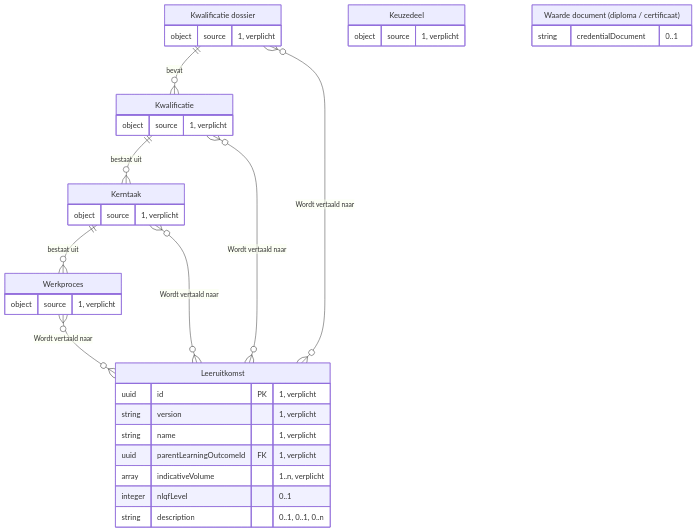
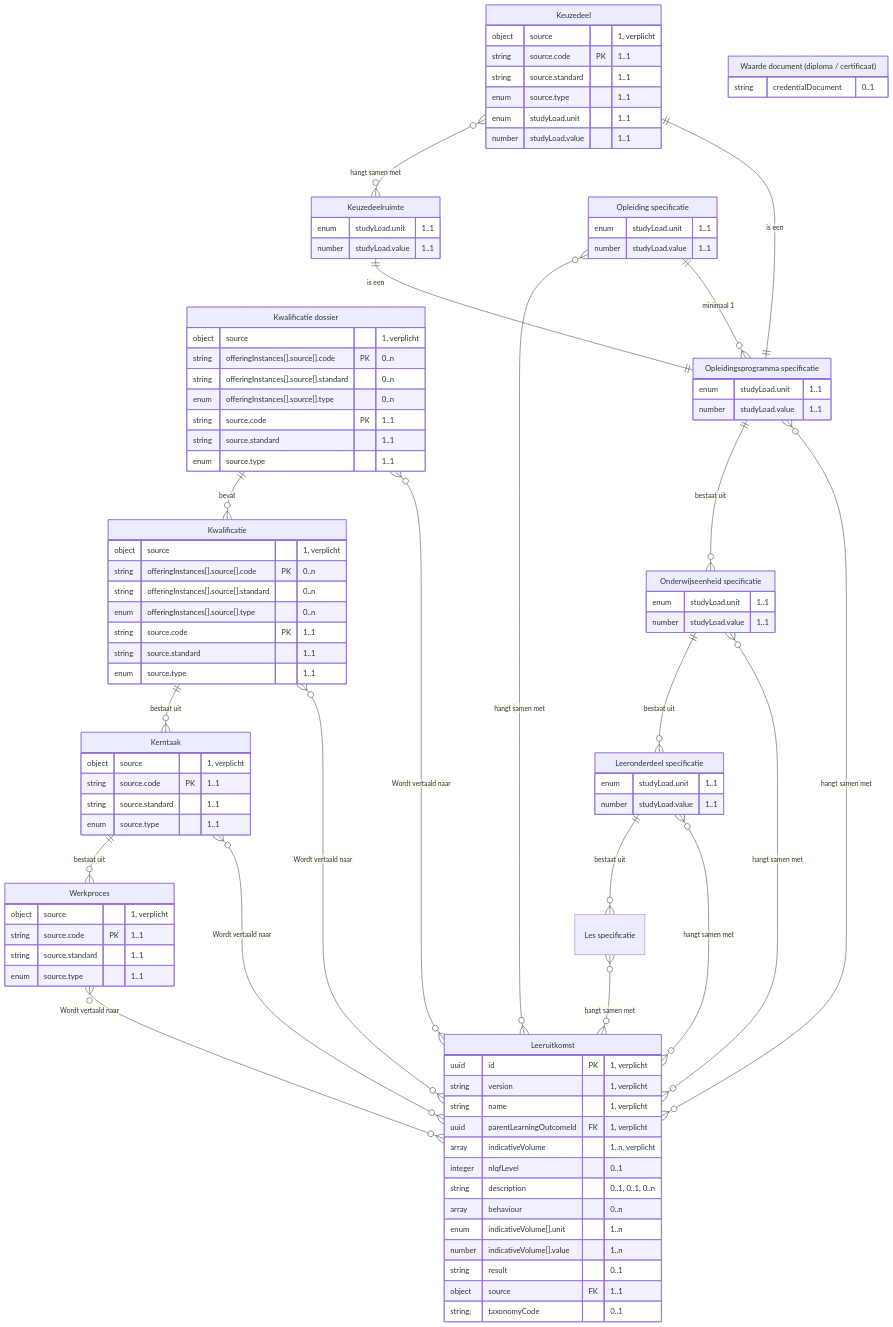
The tenth of 16 diagrams in architecture/docs/specificatie/interactie-onderwijsaanbod/is-oa-01.md (Npuls-OKx/meta), drawn with Mermaid before and after one commit. The commit also changed other lines of this file and 2 other files, not shown here.

First line of the commit message:
ERD: de objecttypen komen uit de binding, niet uit de kolom Objecttype

````diff
--- a/architecture/docs/specificatie/interactie-onderwijsaanbod/is-oa-01.md
+++ b/architecture/docs/specificatie/interactie-onderwijsaanbod/is-oa-01.md
@@ -418,10 +452,22 @@
     "Kerntaak" ||--o{ "Werkproces" : "bestaat uit"
     "Kwalificatie" ||--o{ "Kerntaak" : "bestaat uit"
     "Kwalificatie dossier" ||--o{ "Kwalificatie" : "bevat"
+    "Leeronderdeel specificatie" ||--o{ "Les specificatie" : "bestaat uit"
+    "Onderwijseenheid specificatie" ||--o{ "Leeronderdeel specificatie" : "bestaat uit"
+    "Opleidingsprogramma specificatie" ||--o{ "Onderwijseenheid specificatie" : "bestaat uit"
     "Kerntaak" }o--o{ "Leeruitkomst" : "Wordt vertaald naar"
+    "Keuzedeel" }o--o{ "Keuzedeelruimte" : "hangt samen met"
     "Kwalificatie" }o--o{ "Leeruitkomst" : "Wordt vertaald naar"
     "Kwalificatie dossier" }o--o{ "Leeruitkomst" : "Wordt vertaald naar"
+    "Leeronderdeel specificatie" }o--o{ "Leeruitkomst" : "hangt samen met"
+    "Les specificatie" }o--o{ "Leeruitkomst" : "hangt samen met"
+    "Onderwijseenheid specificatie" }o--o{ "Leeruitkomst" : "hangt samen met"
+    "Opleiding specificatie" }o--o{ "Leeruitkomst" : "hangt samen met"
+    "Opleidingsprogramma specificatie" }o--o{ "Leeruitkomst" : "hangt samen met"
     "Werkproces" }o--o{ "Leeruitkomst" : "Wordt vertaald naar"
+    "Opleiding specificatie" ||--o{ "Opleidingsprogramma specificatie" : "minimaal 1"
+    "Keuzedeel" ||--|| "Opleidingsprogramma specificatie" : "is een"
+    "Keuzedeelruimte" ||--|| "Opleidingsprogramma specificatie" : "is een"
     "Leeruitkomst" {
         uuid id PK "1, verplicht"
         string version "1, verplicht"
@@ -430,23 +476,73 @@
         array indicativeVolume "1..n, verplicht"
         integer nlqfLevel "0..1"
         string description "0..1, 0..1, 0..n"
+        array behaviour "0..n"
+        enum indicativeVolume[].unit "1..n"
+        number indicativeVolume[].value "1..n"
+        string result "0..1"
+        object source FK "1..1"
+        string, taxonomyCode "0..1"
     }
     "Kwalificatie dossier" {
         object source "1, verplicht"
+        string offeringInstances[].source[].code PK "0..n"
+        string offeringInstances[].source[].standard "0..n"
+        enum offeringInstances[].source[].type "0..n"
+        string source.code PK "1..1"
+        string source.standard "1..1"
+        enum source.type "1..1"
     }
     "Kwalificatie" {
         object source "1, verplicht"
+        string offeringInstances[].source[].code PK "0..n"
+        string offeringInstances[].source[].standard "0..n"
+        enum offeringInstances[].source[].type "0..n"
+        string source.code PK "1..1"
+        string source.standard "1..1"
+        enum source.type "1..1"
     }
     "Kerntaak" {
         object source "1, verplicht"
+        string source.code PK "1..1"
+        string source.standard "1..1"
+        enum source.type "1..1"
     }
     "Werkproces" {
         object source "1, verplicht"
+        string source.code PK "1..1"
+        string source.standard "1..1"
+        enum source.type "1..1"
     }
     "Keuzedeel" {
         object source "1, verplicht"
+        string source.code PK "1..1"
+        string source.standard "1..1"
+        enum source.type "1..1"
+        enum studyLoad.unit "1..1"
+        number studyLoad.value "1..1"
     }
     "Waarde document (diploma / certificaat)" {
         string credentialDocument "0..1"
     }
+    "Opleiding specificatie" {
+        enum studyLoad.unit "1..1"
+        number studyLoad.value "1..1"
+    }
+    "Opleidingsprogramma specificatie" {
+        enum studyLoad.unit "1..1"
+        number studyLoad.value "1..1"
+    }
+    "Onderwijseenheid specificatie" {
+        enum studyLoad.unit "1..1"
+        number studyLoad.value "1..1"
+    }
+    "Leeronderdeel specificatie" {
+        enum studyLoad.unit "1..1"
+        number studyLoad.value "1..1"
+    }
+    "Keuzedeelruimte" {
+        enum studyLoad.unit "1..1"
+        number studyLoad.value "1..1"
+    }
+    "Les specificatie" { }
 ```
````
